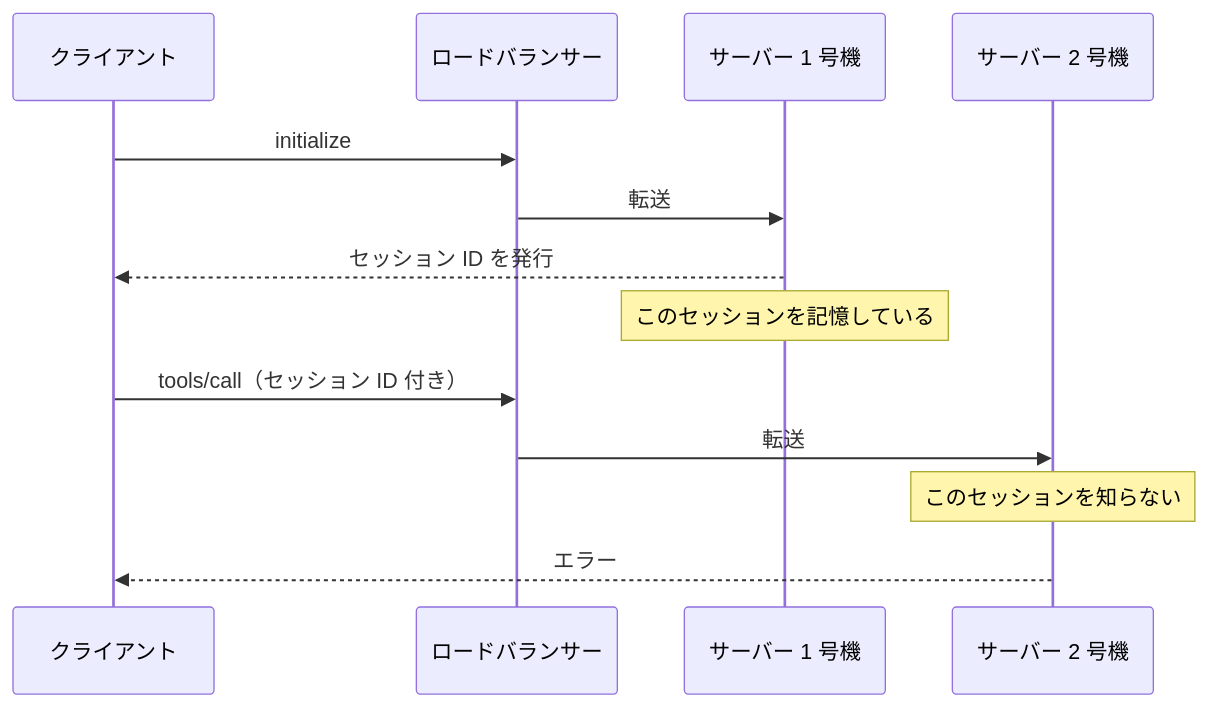
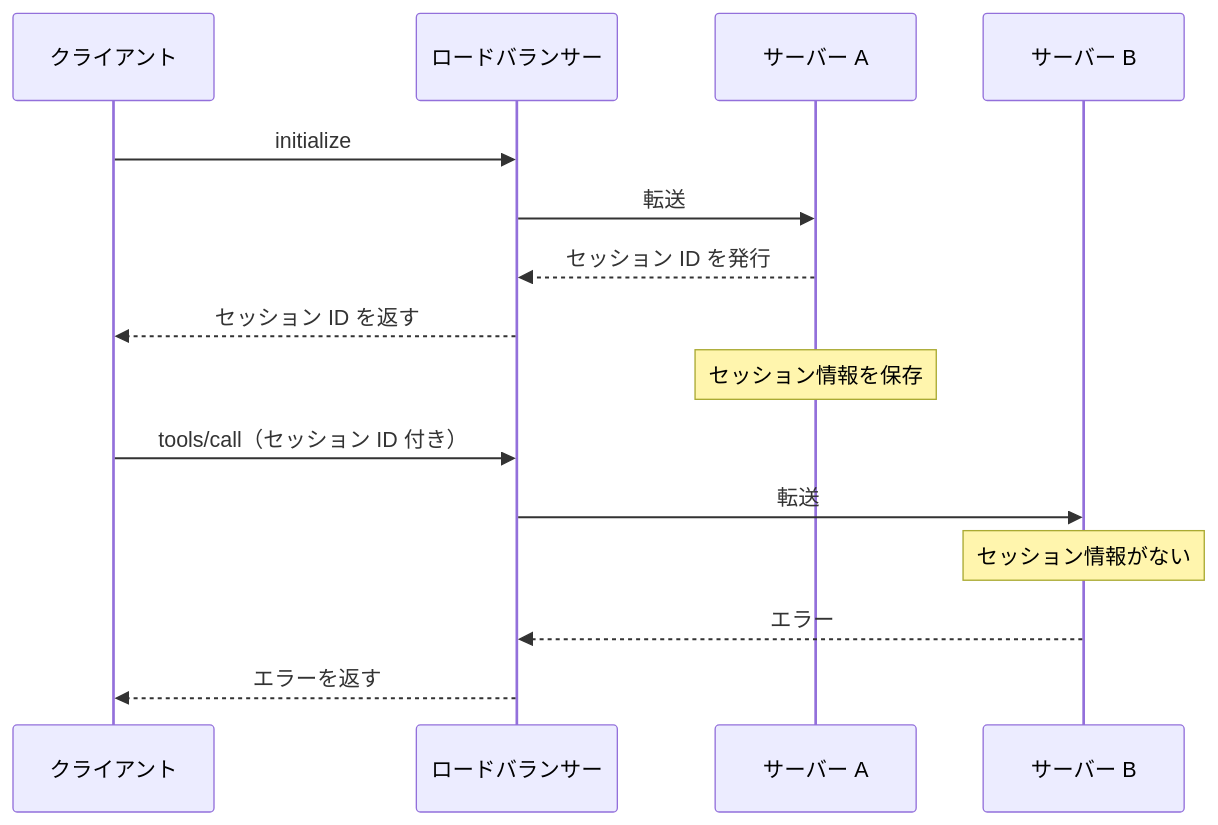
Before and after one commit to yamazaki-yuki-23/qiita-tech-blogs: the second of 5 diagrams in public/2026-08-mcp-2026-07-28.md, drawn with Mermaid. The commit also changed other lines of this file and 1 other file, not shown here.

````diff
--- a/public/2026-08-mcp-2026-07-28.md
+++ b/public/2026-08-mcp-2026-07-28.md
@@ -97,17 +86,19 @@
 ```mermaid
 sequenceDiagram
     participant C as クライアント
     participant LB as ロードバランサー
-    participant S1 as サーバー 1 号機
-    participant S2 as サーバー 2 号機
+    participant S1 as サーバー A
+    participant S2 as サーバー B
 
     C->>LB: initialize
     LB->>S1: 転送
-    S1-->>C: セッション ID を発行
-    Note over S1: このセッションを記憶している
+    S1-->>LB: セッション ID を発行
+    LB-->>C: セッション ID を返す
+    Note over S1: セッション情報を保存
 
     C->>LB: tools/call（セッション ID 付き）
     LB->>S2: 転送
-    Note over S2: このセッションを知らない
-    S2-->>C: エラー
+    Note over S2: セッション情報がない
+    S2-->>LB: エラー
+    LB-->>C: エラーを返す
 ```
````
